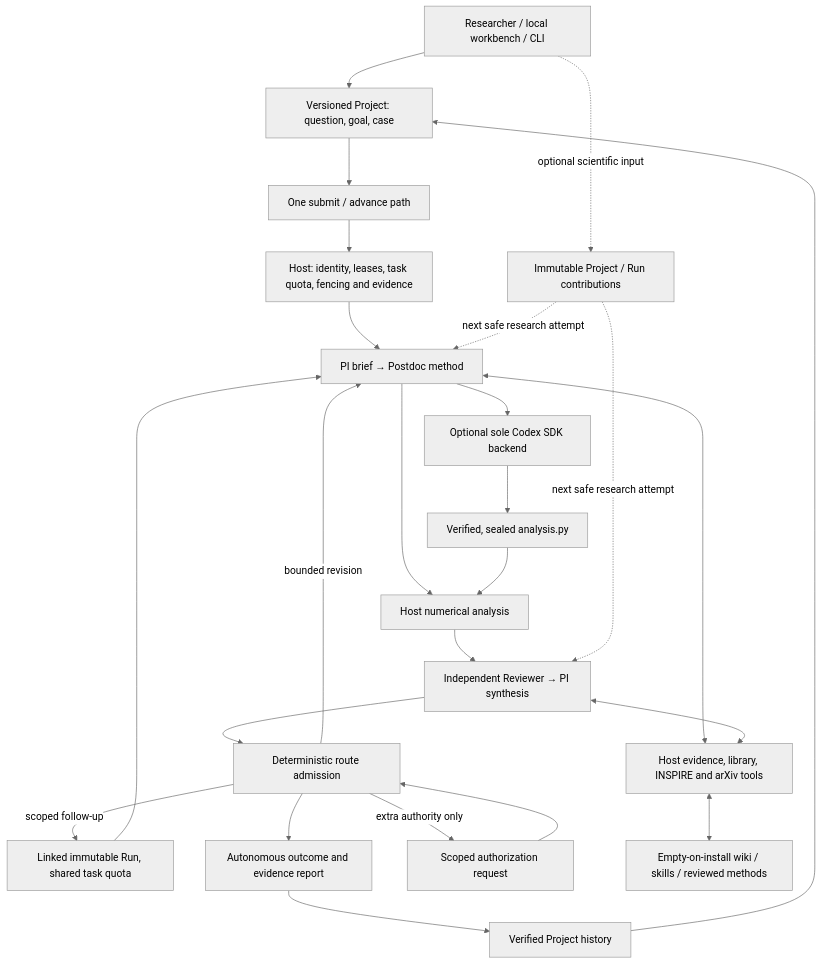
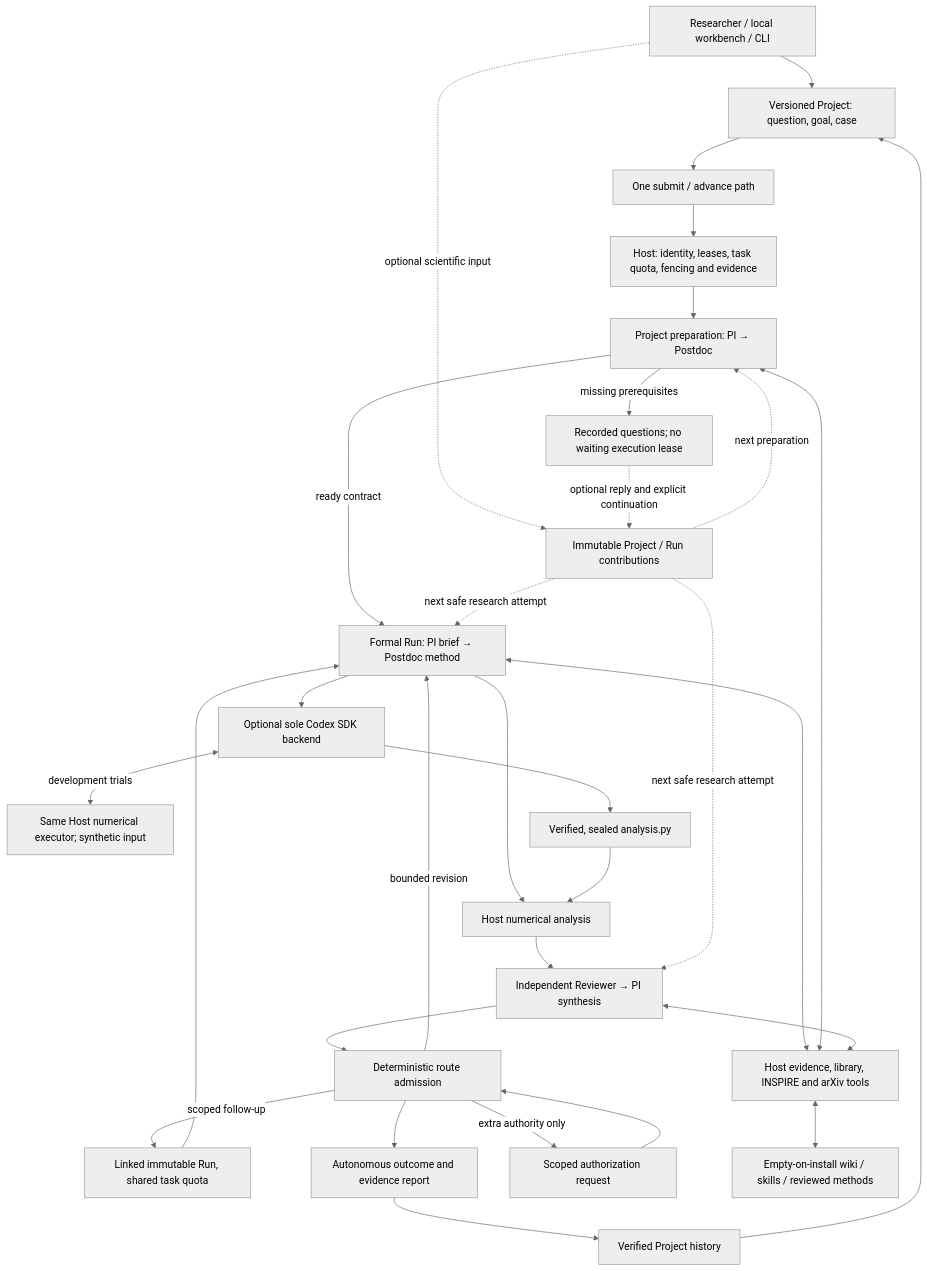
Before and after one commit to Xiaowei251129/lqcd-agent: the diagram in docs/ARCHITECTURE.md, drawn with Mermaid (neutral theme). The commit also changed other lines of this file and 37 other files, not shown here.

Commit message:
Prepare research projects and give Code controlled numerical feedback

````diff
--- a/docs/ARCHITECTURE.md
+++ b/docs/ARCHITECTURE.md
@@ -5,27 +5,33 @@
 ```mermaid
 flowchart TD
     User["Researcher / local workbench / CLI"] --> Project["Versioned Project: question, goal, case"]
     Project --> Submit["One submit / advance path"]
     Submit --> Control["Host: identity, leases, task quota, fencing and evidence"]
-    Control --> Plan["PI brief → Postdoc method"]
+    Control --> Intake["Project preparation: PI → Postdoc"]
+    Intake -->|ready contract| Plan["Formal Run: PI brief → Postdoc method"]
+    Intake -->|missing prerequisites| Questions["Recorded questions; no waiting execution lease"]
     Plan --> Code["Optional sole Codex SDK backend"]
+    Code <-->|development trials| Trial["Same Host numerical executor; synthetic input"]
     Plan --> Analysis["Host numerical analysis"]
     Code --> Seal["Verified, sealed analysis.py"]
     Seal --> Analysis
     Analysis --> Review["Independent Reviewer → PI synthesis"]
     Review --> Decision["Deterministic route admission"]
     Decision -->|bounded revision| Plan
     Decision -->|scoped follow-up| Child["Linked immutable Run, shared task quota"]
     Child --> Plan
     Decision --> Report["Autonomous outcome and evidence report"]
     Decision -->|extra authority only| Auth["Scoped authorization request"]
     Auth --> Decision
     User -. optional scientific input .-> Notes["Immutable Project / Run contributions"]
+    Questions -. optional reply and explicit continuation .-> Notes
+    Notes -. next preparation .-> Intake
     Notes -. next safe research attempt .-> Plan
     Notes -. next safe research attempt .-> Review
     Plan <--> Tools["Host evidence, library, INSPIRE and arXiv tools"]
+    Intake <--> Tools
     Review <--> Tools
     Tools <--> Library["Empty-on-install wiki / skills / reviewed methods"]
     Report --> Capture["Verified Project history"]
     Capture --> Project
 ```
````
